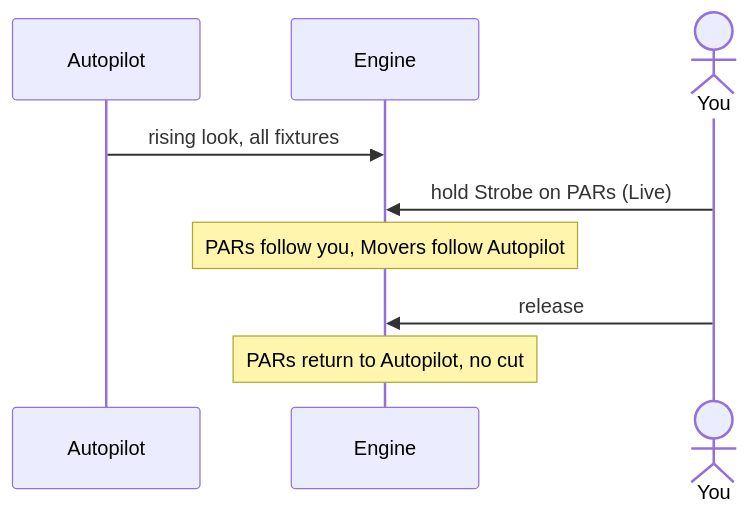
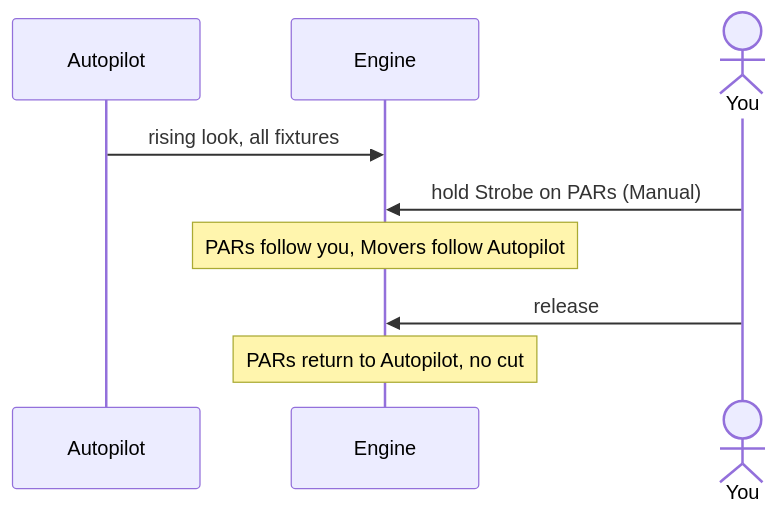
One commit to abossard/bossylights changed diagram 12 of 13 in docs/design/theory.md. Above: the diagram before and after it, drawn with Mermaid. The commit also changed other lines of this file and 6 other files, not shown here.

Commit message:
docs: one LIVE switch, no preview mode; home screen is Console, top layer is Manual

````diff
--- a/docs/design/theory.md
+++ b/docs/design/theory.md
@@ -212,11 +214,11 @@
 ```mermaid
 sequenceDiagram
   participant Auto as Autopilot
   participant Engine
   actor You
   Auto->>Engine: rising look, all fixtures
-  You->>Engine: hold Strobe on PARs (Live)
+  You->>Engine: hold Strobe on PARs (Manual)
   Note over Engine: PARs follow you, Movers follow Autopilot
   You->>Engine: release
   Note over Engine: PARs return to Autopilot, no cut
 ```
````
